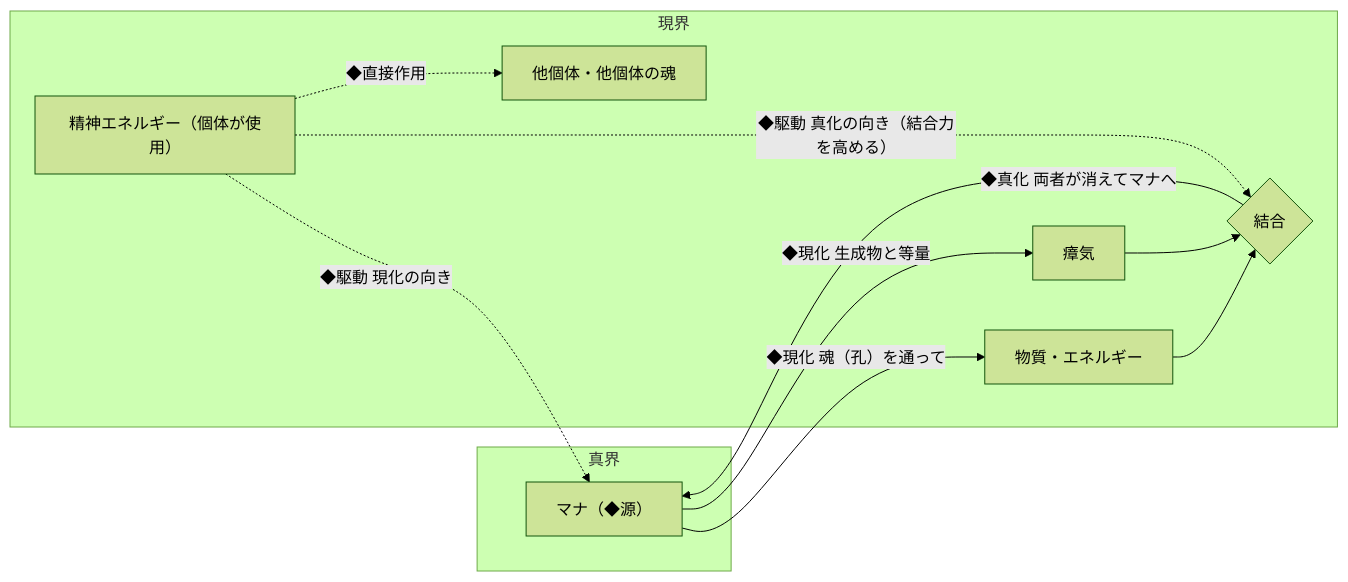
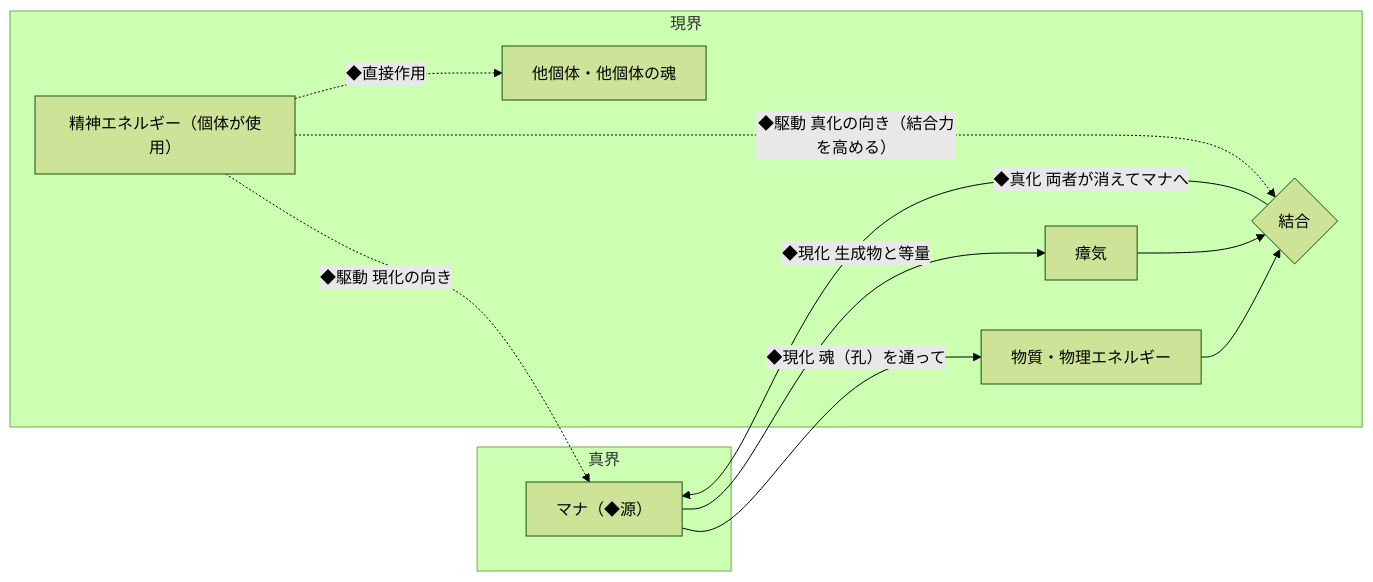
Before and after one commit to nnnstett/WorldMaterial_Mana: the diagram in world/README.md, drawn with Mermaid (forest theme). The commit also changed other lines of this file and 11 other files, not shown here.

````diff
--- a/world/README.md
+++ b/world/README.md
@@ -23,21 +23,21 @@
 ```mermaid
 flowchart LR
   subgraph S["真界"]
     M["マナ（◆源）"]
   end
   subgraph G["現界"]
-    P["物質・エネルギー"]
+    P["物質・物理エネルギー"]
     Z["瘴気"]
     B{"結合"}
     E["精神エネルギー（個体が使用）"]
     O["他個体・他個体の魂"]
   end
   M -->|"◆現化 魂（孔）を通って"| P
   M -->|"◆現化 生成物と等量"| Z
   P --> B
   Z --> B
   B -->|"◆真化 両者が消えてマナへ"| M
   E -.->|"◆駆動 現化の向き"| M
   E -.->|"◆駆動 真化の向き（結合力を高める）"| B
   E -.->|"◆直接作用"| O
 ```
````
